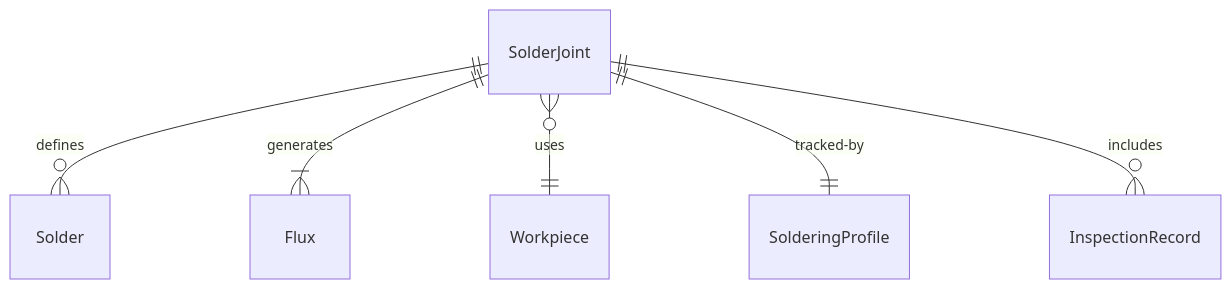
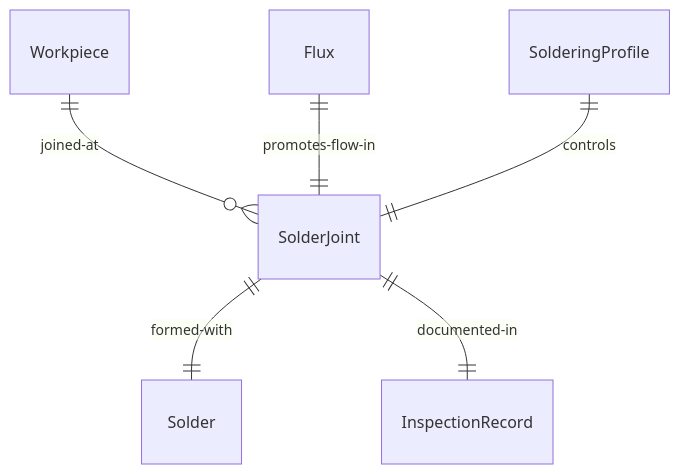
The first of 4 diagrams in HandlingAndMovingObjects/JoinPartsUsingSolderingWeldingOrBrazingTechniques/SolderPartsWorkpieces.mdx (dot-org-ai/tasks.org.ai), drawn with Mermaid before and after one commit. The commit also changed other lines of this file and 515 other files, not shown here.

````diff
--- a/HandlingAndMovingObjects/JoinPartsUsingSolderingWeldingOrBrazingTechniques/SolderPartsWorkpieces.mdx
+++ b/HandlingAndMovingObjects/JoinPartsUsingSolderingWeldingOrBrazingTechniques/SolderPartsWorkpieces.mdx
@@ -87,8 +87,8 @@
 ```mermaid
 erDiagram
-    SolderJoint ||--o{ Solder : "defines"
-    SolderJoint ||--|{ Flux : "generates"
-    SolderJoint }o--|| Workpiece : "uses"
-    SolderJoint ||--|| SolderingProfile : "tracked-by"
-    SolderJoint ||--o{ InspectionRecord : "includes"
+    Workpiece ||--o{ SolderJoint : "joined-at"
+    SolderJoint ||--|| Solder : "formed-with"
+    Flux ||--|| SolderJoint : "promotes-flow-in"
+    SolderingProfile ||--|| SolderJoint : "controls"
+    SolderJoint ||--|| InspectionRecord : "documented-in"
 ```
````
